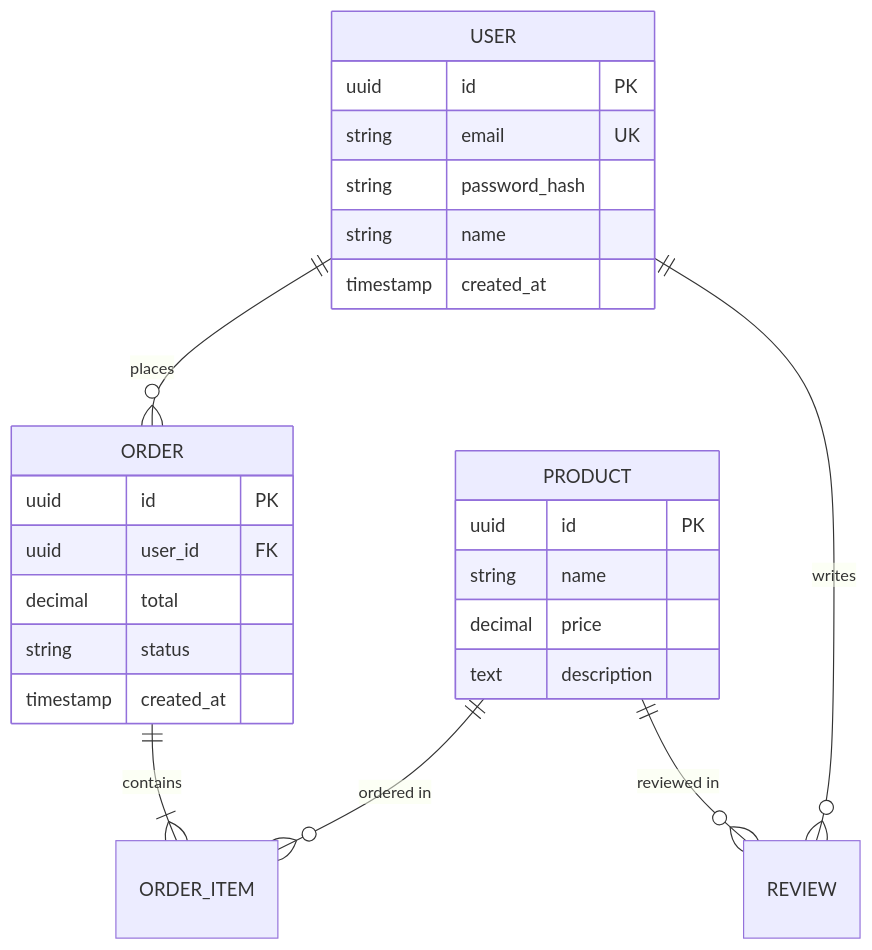
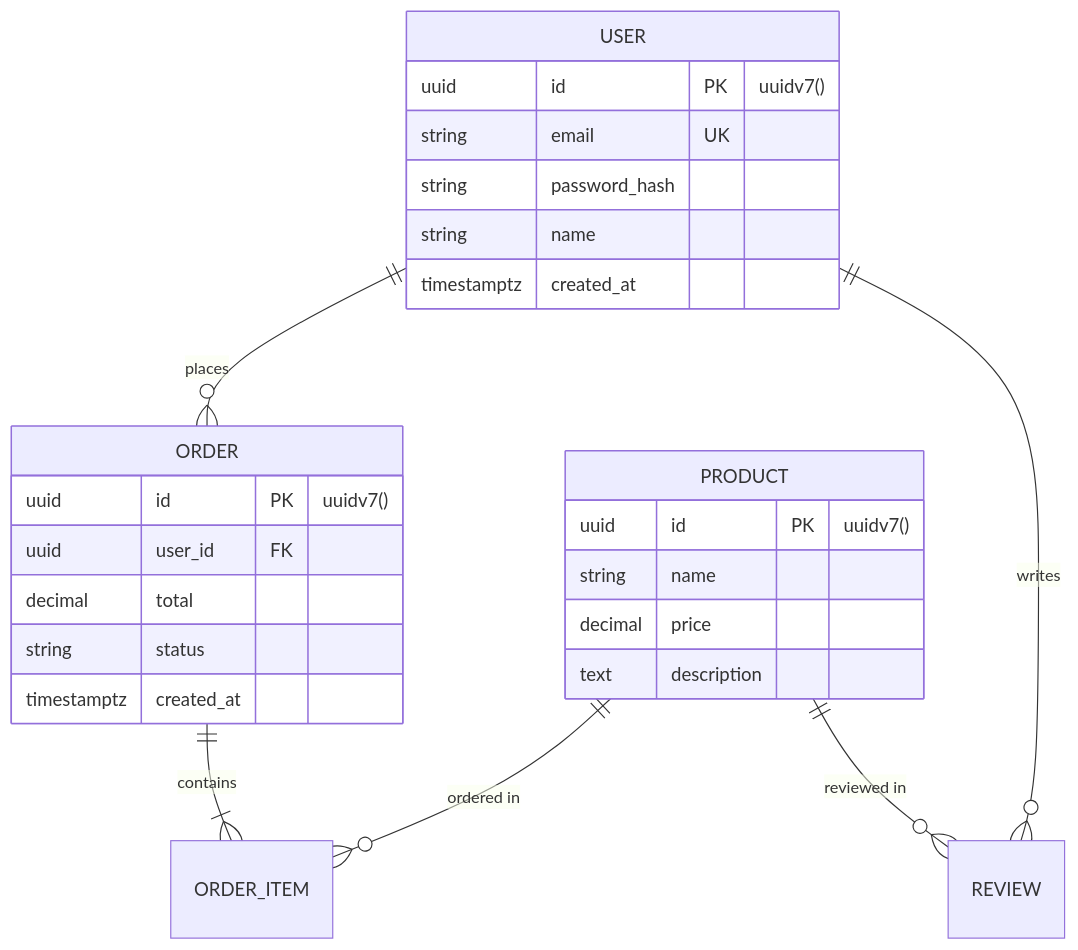
Before and after one commit to servika/claude-code-setup: the eighth of 10 diagrams in .claude/rules/architecture.md, drawn with Mermaid. The commit also changed other lines of this file and 109 other files, not shown here.

````diff
--- a/.claude/rules/architecture.md
+++ b/.claude/rules/architecture.md
@@ -292,31 +637,31 @@
 ```mermaid
 erDiagram
     USER ||--o{ ORDER : places
     USER ||--o{ REVIEW : writes
     ORDER ||--|{ ORDER_ITEM : contains
     PRODUCT ||--o{ ORDER_ITEM : "ordered in"
     PRODUCT ||--o{ REVIEW : "reviewed in"
 
     USER {
-        uuid id PK
+        uuid id PK "uuidv7()"
         string email UK
         string password_hash
         string name
-        timestamp created_at
+        timestamptz created_at
     }
 
     ORDER {
-        uuid id PK
+        uuid id PK "uuidv7()"
         uuid user_id FK
         decimal total
         string status
-        timestamp created_at
+        timestamptz created_at
     }
 
     PRODUCT {
-        uuid id PK
+        uuid id PK "uuidv7()"
         string name
         decimal price
         text description
     }
 ```
````
